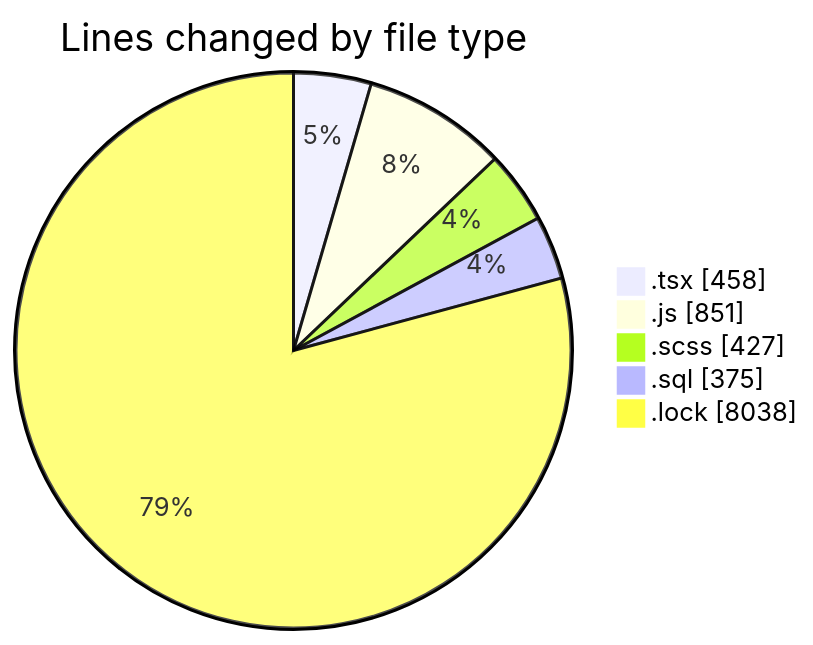
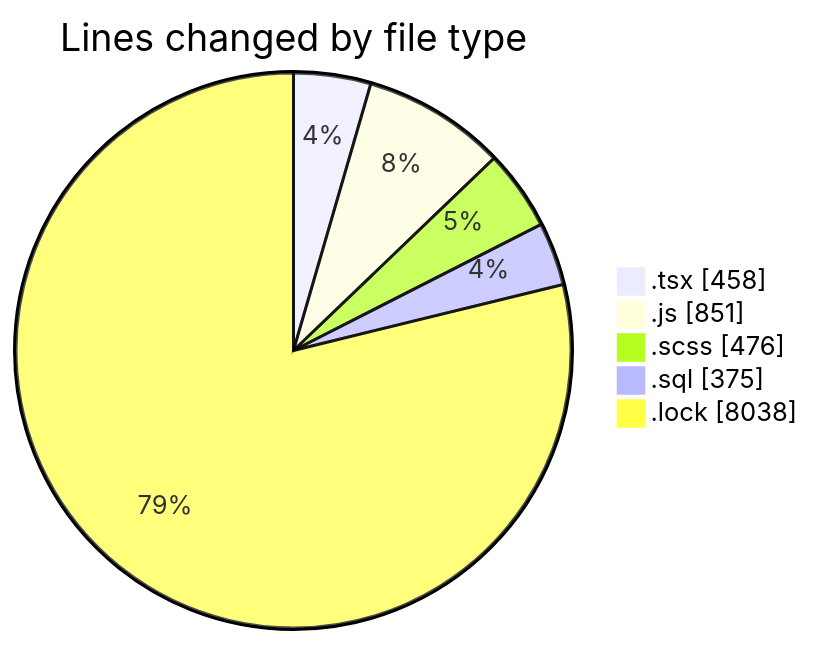
The first of 2 diagrams in 2025-03-18/cda/README.md (momahboobian/code-tracking), drawn with Mermaid before and after one commit. The commit also changed other lines of this file and 1 other file, not shown here.

````diff
--- a/2025-03-18/cda/README.md
+++ b/2025-03-18/cda/README.md
@@ -30,9 +30,9 @@
 ```mermaid
 pie showData
 title Lines changed by file type
 ".tsx" : 458
 ".js" : 851
-".scss" : 427
+".scss" : 476
 ".sql" : 375
 ".lock" : 8038
 ```
````
